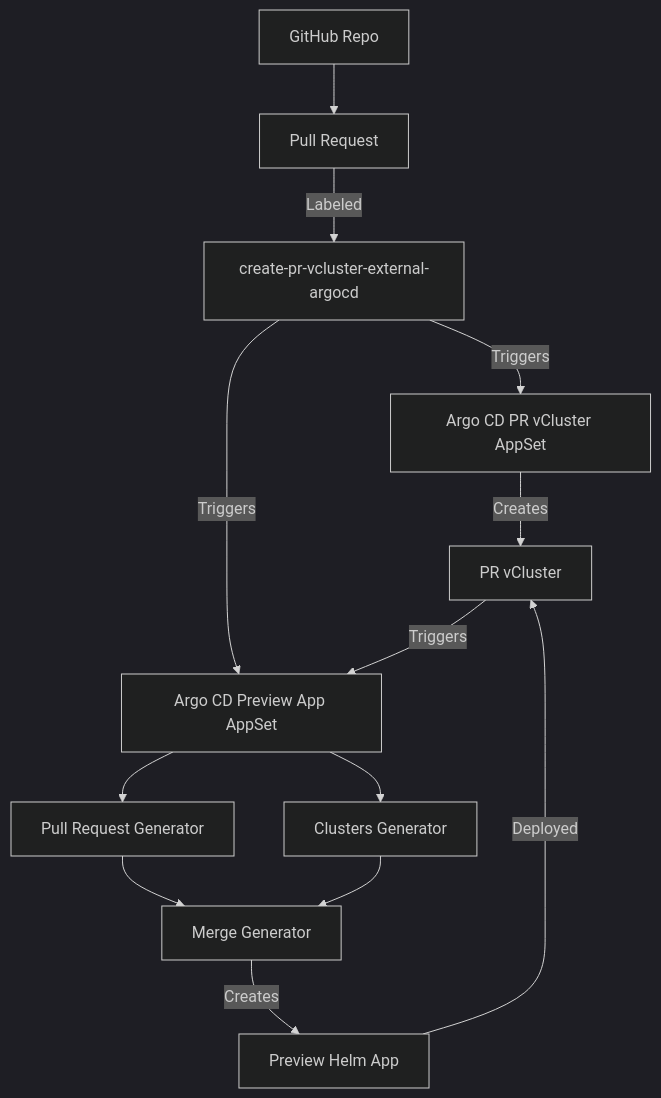
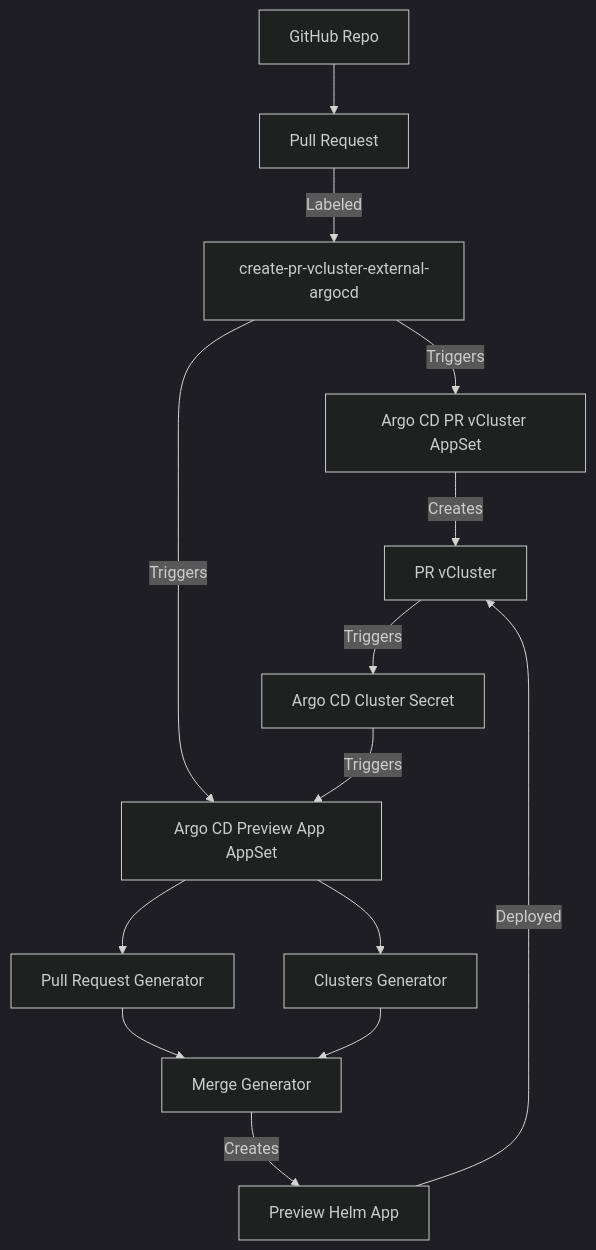
One commit to loft-demos/vcluster-platform-demo-app-template changed the diagram in vcluster-gitops/argocd/pr-environments/pr-vCluster-external-argo-flow.md. Above: the diagram before and after it, drawn with Mermaid (dark theme).

````diff
--- a/vcluster-gitops/argocd/pr-environments/pr-vCluster-external-argo-flow.md
+++ b/vcluster-gitops/argocd/pr-environments/pr-vCluster-external-argo-flow.md
@@ -3,18 +3,19 @@
 ```mermaid
 ---
 config:
   look: classic
 ---
 flowchart TD
     A["GitHub Repo"] --> B["Pull Request"] -->| Labeled | L[create-pr-vcluster-external-argocd] 
     L -->| Triggers | C["Argo CD PR vCluster AppSet"]
     C -->| Creates | V["PR vCluster"]
+    V --> | Triggers |CS["Argo CD Cluster Secret"]
     L --> | Triggers |AS["Argo CD Preview App AppSet"]
-    V --> | Triggers |AS["Argo CD Preview App AppSet"]
+    CS --> | Triggers |AS["Argo CD Preview App AppSet"]
     AS --> MP["Pull Request Generator"]
     AS --> MC["Clusters Generator"]
     MP --> MG["Merge Generator"]
     MC --> MG["Merge Generator"]
     MG -->| Creates | APP["Preview Helm App"]
     APP --> | Deployed | V
 ```
````
